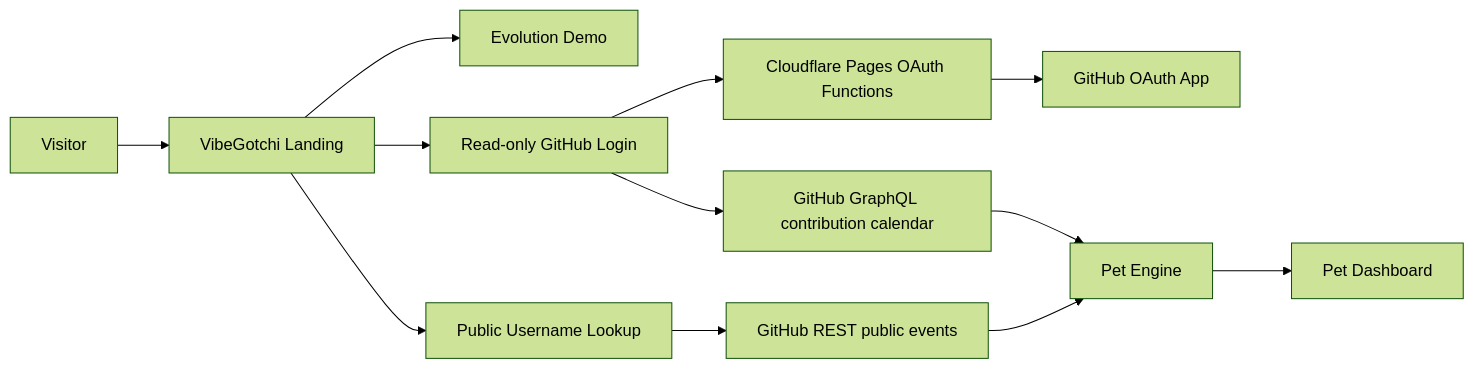
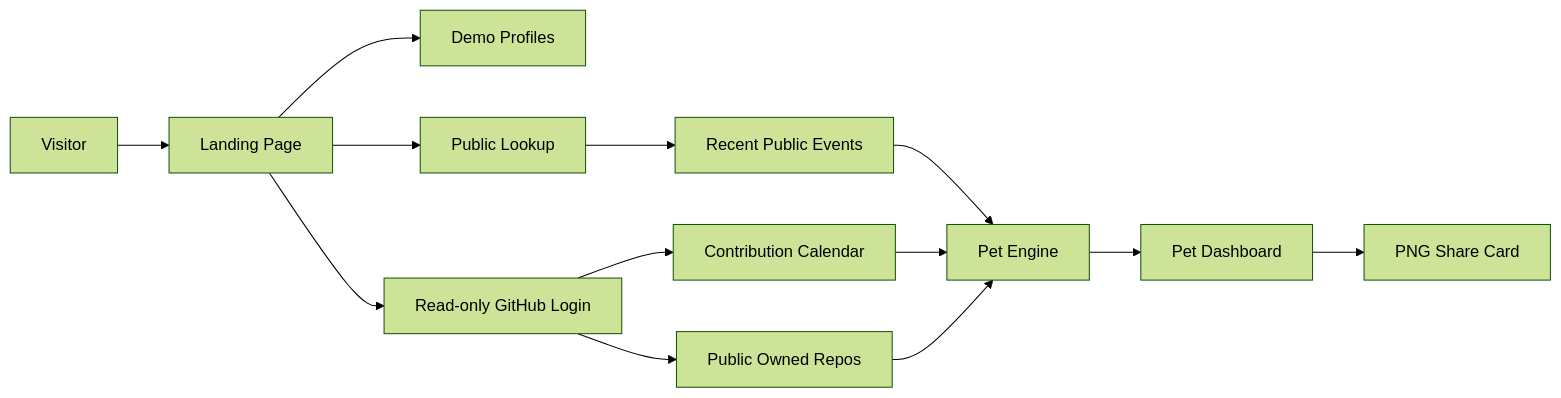
Before and after one commit to PascalAI2024/VibeGotchi: the diagram in README.md, drawn with Mermaid (forest theme). The commit also changed other lines of this file and 11 other files, not shown here.

````diff
--- a/README.md
+++ b/README.md
@@ -32,16 +46,16 @@
 ```mermaid
 flowchart LR
-  Visitor[Visitor] --> Landing[VibeGotchi Landing]
-  Landing --> Demo[Evolution Demo]
-  Landing --> PublicLookup[Public Username Lookup]
-  Landing --> GitHubLogin[Read-only GitHub Login]
+  Visitor[Visitor] --> Landing[Landing Page]
+  Landing --> Demo[Demo Profiles]
+  Landing --> Lookup[Public Lookup]
+  Landing --> Login[Read-only GitHub Login]
 
-  PublicLookup --> PublicEvents[GitHub REST public events]
-  GitHubLogin --> OAuth[Cloudflare Pages OAuth Functions]
-  OAuth --> GitHubOAuth[GitHub OAuth App]
-  GitHubLogin --> GraphQL[GitHub GraphQL contribution calendar]
-
-  PublicEvents --> Engine[Pet Engine]
-  GraphQL --> Engine
+  Lookup --> Events[Recent Public Events]
+  Login --> Contributions[Contribution Calendar]
+  Login --> Repos[Public Owned Repos]
+  Events --> Engine[Pet Engine]
+  Contributions --> Engine
+  Repos --> Engine
   Engine --> Dashboard[Pet Dashboard]
+  Dashboard --> Share[PNG Share Card]
 ```
````
